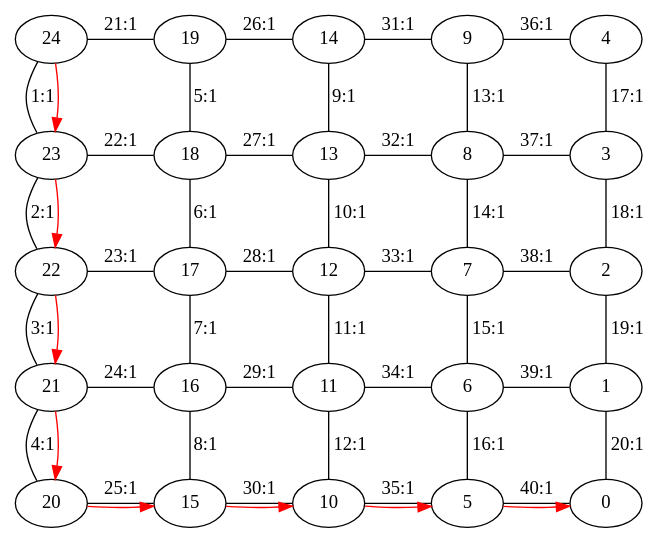
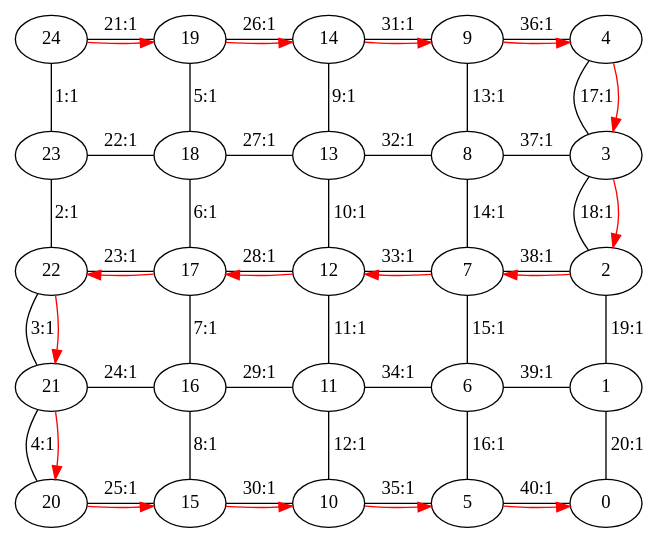
The diagram in brincando_grafo/grid_graph/graph_viz.gv (RamAddict/Graphs-and-dot), drawn with Graphviz before and after one commit. The commit also changed 1 other file, not shown here.

```diff
--- a/brincando_grafo/grid_graph/graph_viz.gv
+++ b/brincando_grafo/grid_graph/graph_viz.gv
@@ -1,51 +1,51 @@
 digraph G {
 24->23 [arrowhead = "none" label="1:1"];
 24->19 [arrowhead = "none" label="21:1"];
 23->22 [arrowhead = "none" label="2:1"];
 23->18 [arrowhead = "none" label="22:1"];
 22->21 [arrowhead = "none" label="3:1"];
 22->17 [arrowhead = "none" label="23:1"];
 21->20 [arrowhead = "none" label="4:1"];
 21->16 [arrowhead = "none" label="24:1"];
 20->15 [arrowhead = "none" label="25:1"];
 19->18 [arrowhead = "none" label="5:1"];
 19->14 [arrowhead = "none" label="26:1"];
 18->17 [arrowhead = "none" label="6:1"];
 18->13 [arrowhead = "none" label="27:1"];
 17->16 [arrowhead = "none" label="7:1"];
 17->12 [arrowhead = "none" label="28:1"];
 16->15 [arrowhead = "none" label="8:1"];
 16->11 [arrowhead = "none" label="29:1"];
 15->10 [arrowhead = "none" label="30:1"];
 14->13 [arrowhead = "none" label="9:1"];
 14->9 [arrowhead = "none" label="31:1"];
 13->12 [arrowhead = "none" label="10:1"];
 13->8 [arrowhead = "none" label="32:1"];
 12->11 [arrowhead = "none" label="11:1"];
 12->7 [arrowhead = "none" label="33:1"];
 11->10 [arrowhead = "none" label="12:1"];
 11->6 [arrowhead = "none" label="34:1"];
 10->5 [arrowhead = "none" label="35:1"];
 9->8 [arrowhead = "none" label="13:1"];
 9->4 [arrowhead = "none" label="36:1"];
 8->7 [arrowhead = "none" label="14:1"];
 8->3 [arrowhead = "none" label="37:1"];
 7->6 [arrowhead = "none" label="15:1"];
 7->2 [arrowhead = "none" label="38:1"];
 6->5 [arrowhead = "none" label="16:1"];
 6->1 [arrowhead = "none" label="39:1"];
 5->0 [arrowhead = "none" label="40:1"];
 4->3 [arrowhead = "none" label="17:1"];
 3->2 [arrowhead = "none" label="18:1"];
 2->1 [arrowhead = "none" label="19:1"];
 1->0 [arrowhead = "none" label="20:1"];
 {rank = same; 20 15 10 5 0 }
 {rank = same; 21 16 11 6 1 }
 {rank = same; 22 17 12 7 2 }
 {rank = same; 23 18 13 8 3 }
 {rank = same; 24 19 14 9 4 }
 
 size = "35,35"
 
-24->23->22->21->20->15->10->5->0[color = "red"]
+24->19->14->9->4->3->2->7->12->17->22->21->20->15->10->5->0[color = "red"]
 }
```
